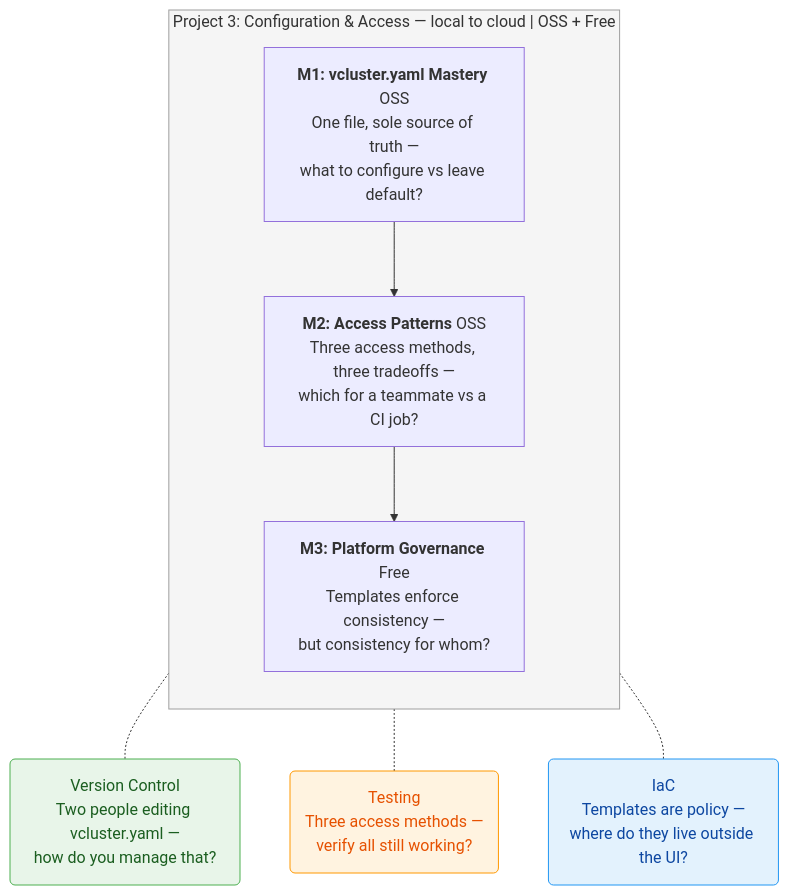
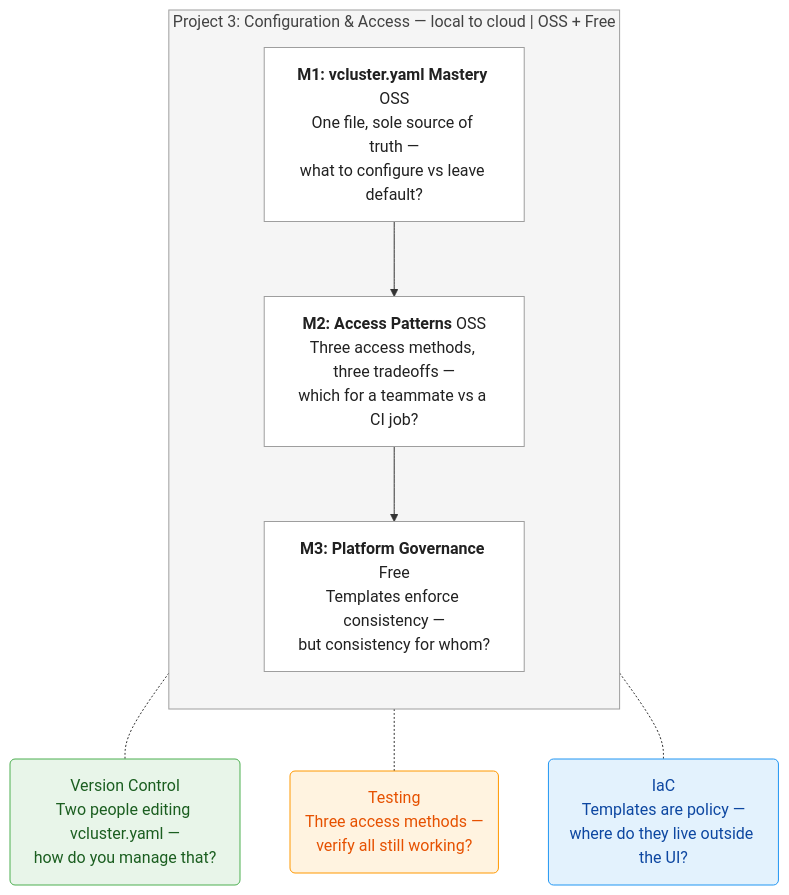
One commit to andrew-brooks-GA/vcluster_learning changed the fifth of 7 diagrams in roadmap.md. Above: the diagram before and after it, drawn with Mermaid. The commit also changed other lines of this file and 1 other file, not shown here.

Commit message:
Add README and fix Mermaid diagram text readability

````diff
--- a/roadmap.md
+++ b/roadmap.md
@@ -142,25 +173,29 @@
 ```mermaid
 flowchart TD
     subgraph p3["Project 3: Configuration & Access — local to cloud | OSS + Free"]
         direction TB
 
         M1["<b>M1: vcluster.yaml Mastery</b> OSS\nOne file, sole source of truth —\nwhat to configure vs leave default?"]
         M2["<b>M2: Access Patterns</b> OSS\nThree access methods, three tradeoffs —\nwhich for a teammate vs a CI job?"]
         M3["<b>M3: Platform Governance</b> Free\nTemplates enforce consistency —\nbut consistency for whom?"]
 
         M1 --> M2 --> M3
     end
 
     VC1("Version Control\nTwo people editing vcluster.yaml —\nhow do you manage that?"):::vc
     T1("Testing\nThree access methods —\nverify all still working?"):::test
     IAC1("IaC\nTemplates are policy —\nwhere do they live outside the UI?"):::iac
 
     M1 -.- VC1
     M2 -.- T1
     M3 -.- IAC1
 
+    classDef ms fill:#ffffff,stroke:#9e9e9e,color:#212121
     classDef vc fill:#e8f5e9,stroke:#4caf50,color:#1b5e20
     classDef iac fill:#e3f2fd,stroke:#2196f3,color:#0d47a1
     classDef test fill:#fff3e0,stroke:#ff9800,color:#e65100
-    style p3 fill:#f5f5f5,stroke:#9e9e9e
+    M1:::ms
+    M2:::ms
+    M3:::ms
+    style p3 fill:#f5f5f5,stroke:#9e9e9e,color:#424242
 ```
````
